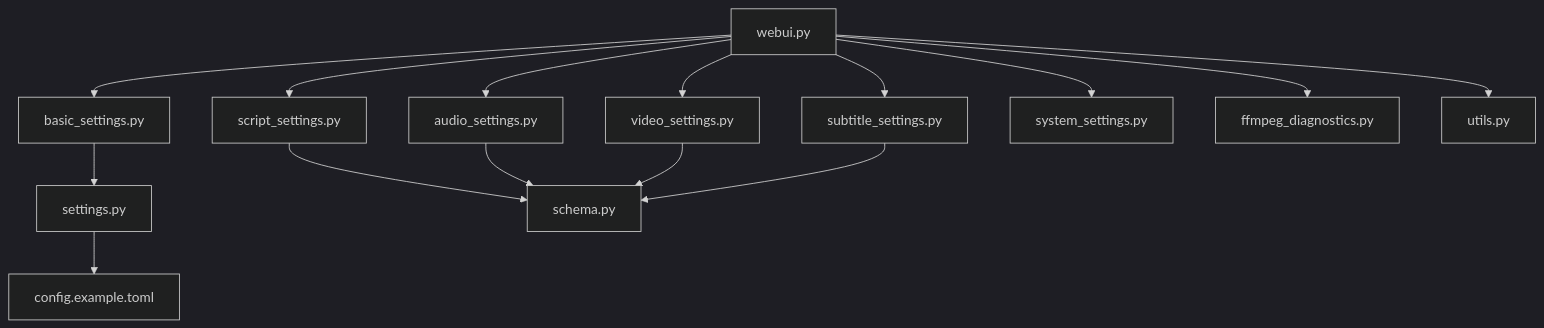
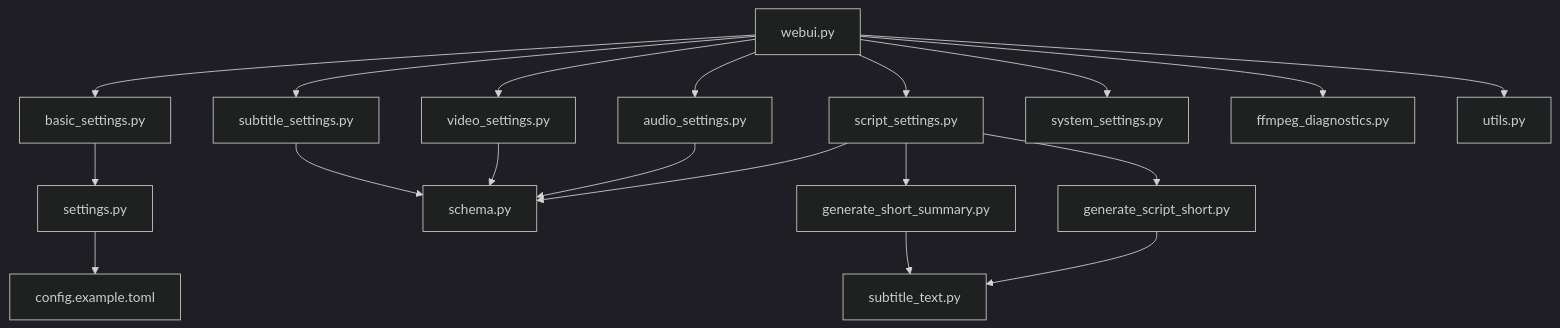
One commit to wowoduang/AIVideoClaude changed the third of 3 diagrams in .qoder/repowiki/zh/content/Web界面使用/Web界面使用.md. Above: the diagram before and after it, drawn with Mermaid (dark theme). The commit also changed other lines of this file and 32 other files, not shown here.

````diff
--- a/.qoder/repowiki/zh/content/Web界面使用/Web界面使用.md
+++ b/.qoder/repowiki/zh/content/Web界面使用/Web界面使用.md
@@ -255,17 +322,21 @@
 ```mermaid
 graph TB
 WS["webui.py"] --> BS["basic_settings.py"]
 WS --> SS["script_settings.py"]
 WS --> AS["audio_settings.py"]
 WS --> VS["video_settings.py"]
 WS --> SUB["subtitle_settings.py"]
 WS --> SYS["system_settings.py"]
 WS --> FD["ffmpeg_diagnostics.py"]
 BS --> CFG["settings.py"]
 SS --> SCH["schema.py"]
 AS --> SCH
 VS --> SCH
 SUB --> SCH
 WS --> UT["utils.py"]
 CFG --> TOML["config.example.toml"]
+SS --> GSS["generate_script_short.py"]
+SS --> GSSUM["generate_short_summary.py"]
+GSS --> ST["subtitle_text.py"]
+GSSUM --> ST
 ```
````
